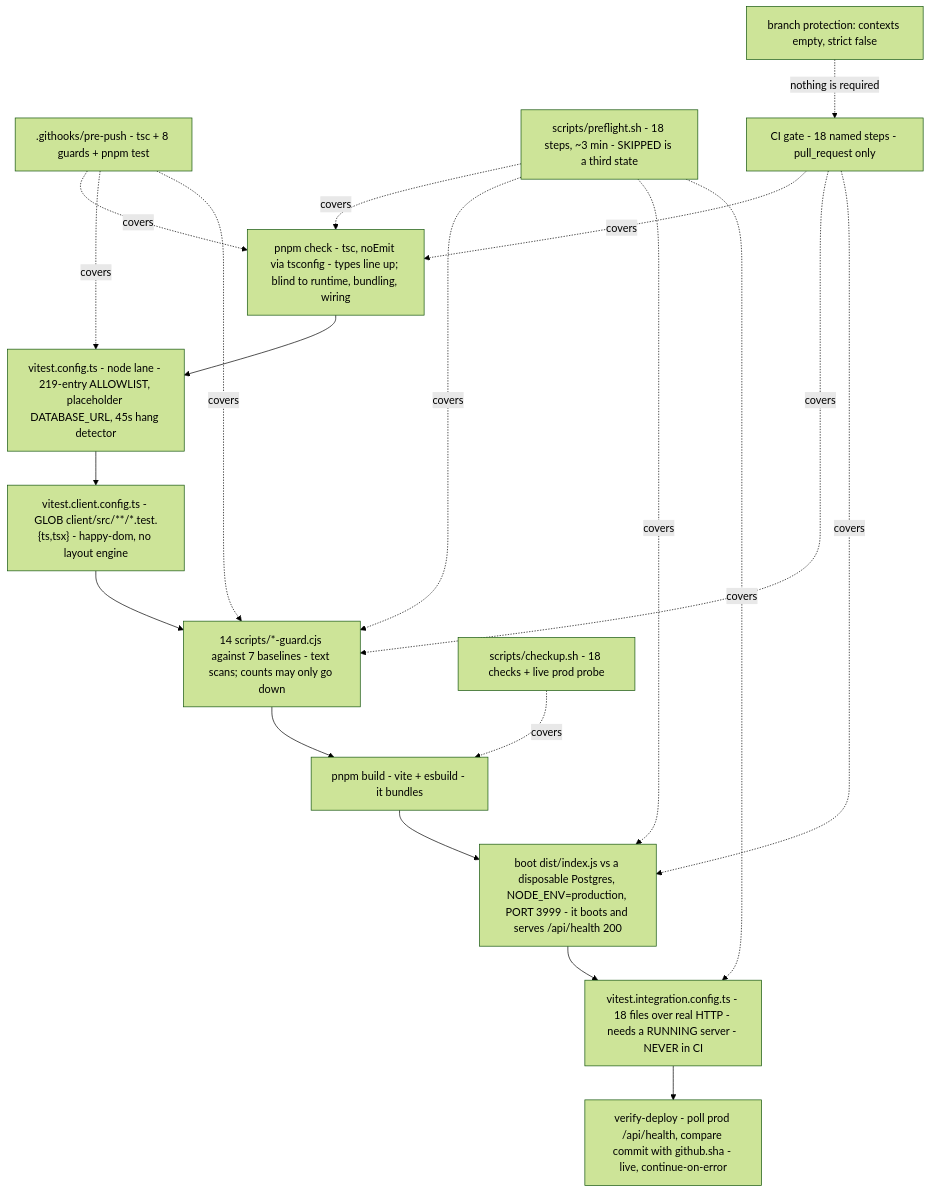
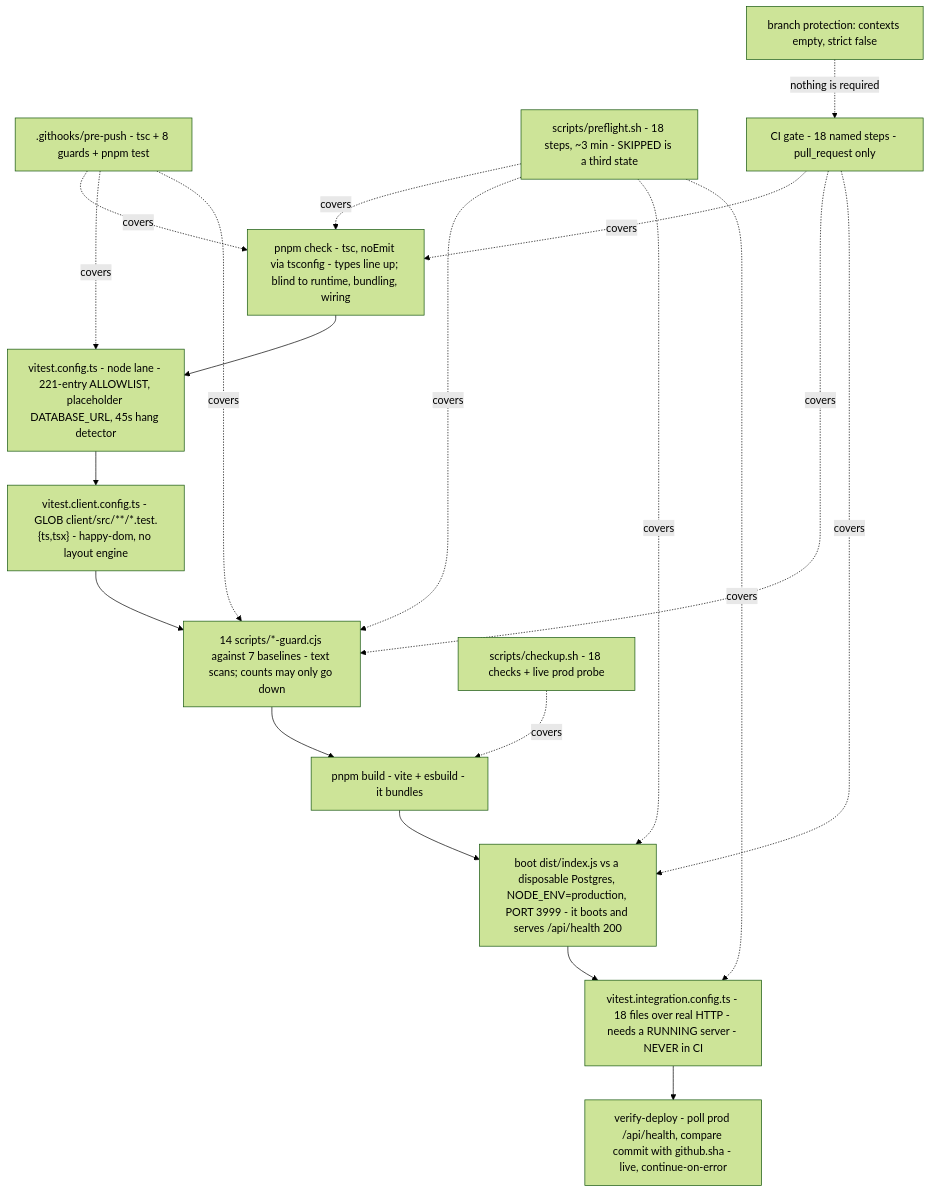
One commit to barakatammre84/Homiquity changed the diagram in knowledge-base/handoff/07-test-harness-and-ci-proof.md. Above: the diagram before and after it, drawn with Mermaid (forest theme). The commit also changed other lines of this file and 10 other files, not shown here.

````diff
--- a/knowledge-base/handoff/07-test-harness-and-ci-proof.md
+++ b/knowledge-base/handoff/07-test-harness-and-ci-proof.md
@@ -51,23 +53,23 @@
 ```mermaid
 flowchart TD
   A["pnpm check - tsc, noEmit via tsconfig - types line up; blind to runtime, bundling, wiring"]
-  A --> B["vitest.config.ts - node lane - 219-entry ALLOWLIST, placeholder DATABASE_URL, 45s hang detector"]
+  A --> B["vitest.config.ts - node lane - 221-entry ALLOWLIST, placeholder DATABASE_URL, 45s hang detector"]
   B --> C["vitest.client.config.ts - GLOB client/src/**/*.test.{ts,tsx} - happy-dom, no layout engine"]
   C --> D["14 scripts/*-guard.cjs against 7 baselines - text scans; counts may only go down"]
   D --> E["pnpm build - vite + esbuild - it bundles"]
   E --> F["boot dist/index.js vs a disposable Postgres, NODE_ENV=production, PORT 3999 - it boots and serves /api/health 200"]
   F --> G["vitest.integration.config.ts - 18 files over real HTTP - needs a RUNNING server - NEVER in CI"]
   G --> H["verify-deploy - poll prod /api/health, compare commit with github.sha - live, continue-on-error"]
   P[".githooks/pre-push - tsc + 8 guards + pnpm test"] -. covers .-> A
   P -. covers .-> B
   P -. covers .-> D
   Q["scripts/preflight.sh - 18 steps, ~3 min - SKIPPED is a third state"] -. covers .-> A
   Q -. covers .-> D
   Q -. covers .-> F
   Q -. covers .-> G
   R["CI gate - 18 named steps - pull_request only"] -. covers .-> A
   R -. covers .-> D
   R -. covers .-> F
   S["scripts/checkup.sh - 18 checks + live prod probe"] -. covers .-> E
   T["branch protection: contexts empty, strict false"] -. "nothing is required" .-> R
 ```
````
